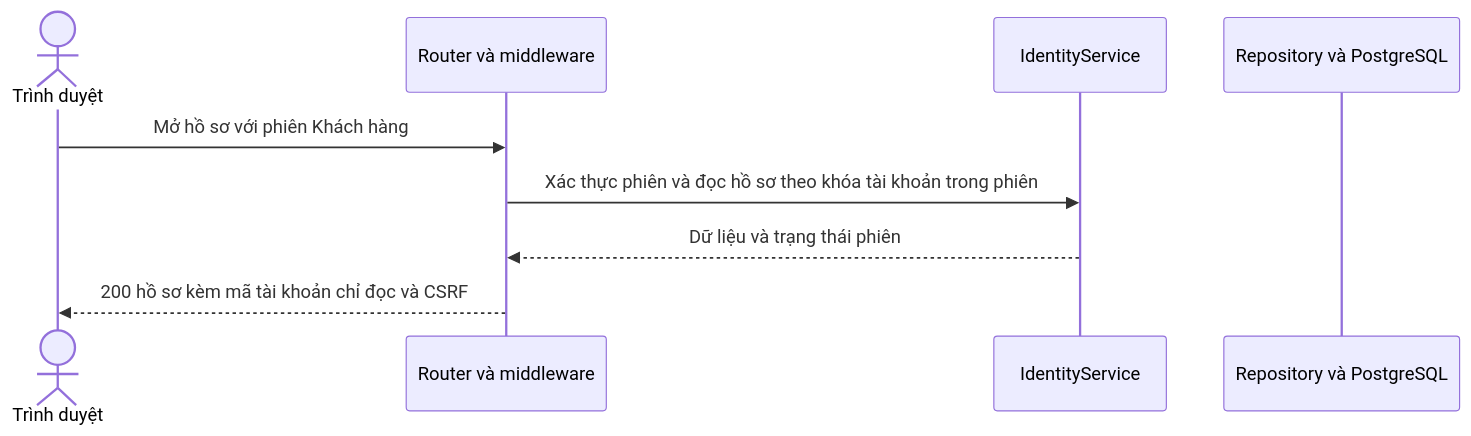
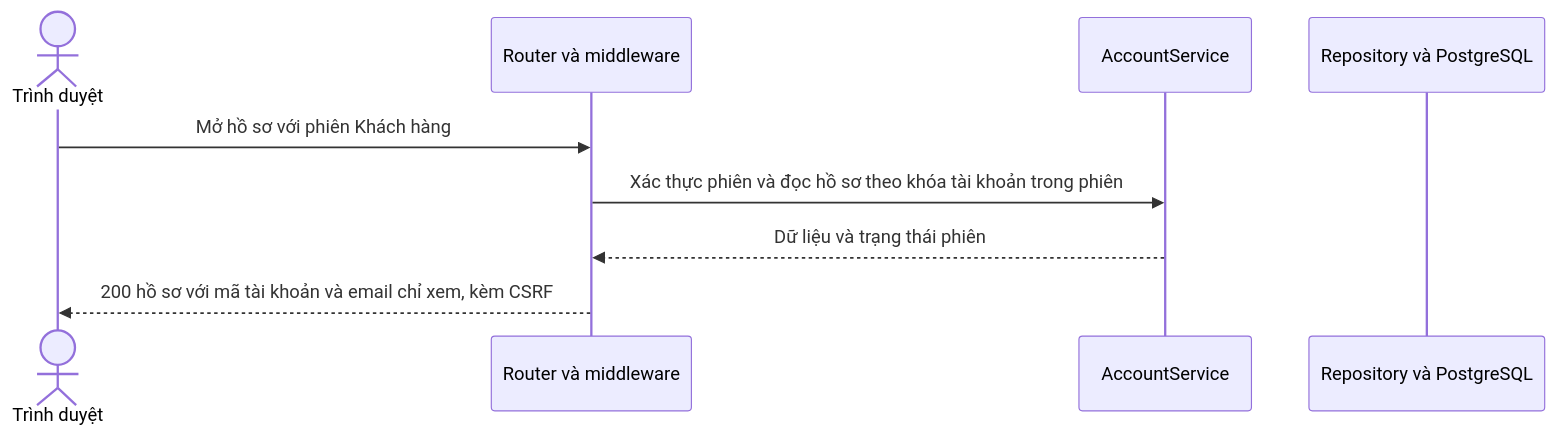
The diagram in docs/sequence/identity/get-account-profile.md (thanhklt/sobie-swimwear-e-commerce), drawn with Mermaid before and after one commit. The commit also changed 127 other files, not shown here.

````diff
--- a/docs/sequence/identity/get-account-profile.md
+++ b/docs/sequence/identity/get-account-profile.md
@@ -5,11 +5,11 @@
 ```mermaid
 sequenceDiagram
     actor Browser as Trình duyệt
     participant Route as Router và middleware
-    participant Service as IdentityService
+    participant Service as AccountService
     participant Data as Repository và PostgreSQL
     Browser->>Route: Mở hồ sơ với phiên Khách hàng
     Route->>Service: Xác thực phiên và đọc hồ sơ theo khóa tài khoản trong phiên
     Service-->>Route: Dữ liệu và trạng thái phiên
-    Route-->>Browser: 200 hồ sơ kèm mã tài khoản chỉ đọc và CSRF
+    Route-->>Browser: 200 hồ sơ với mã tài khoản và email chỉ xem, kèm CSRF
 ```
````
